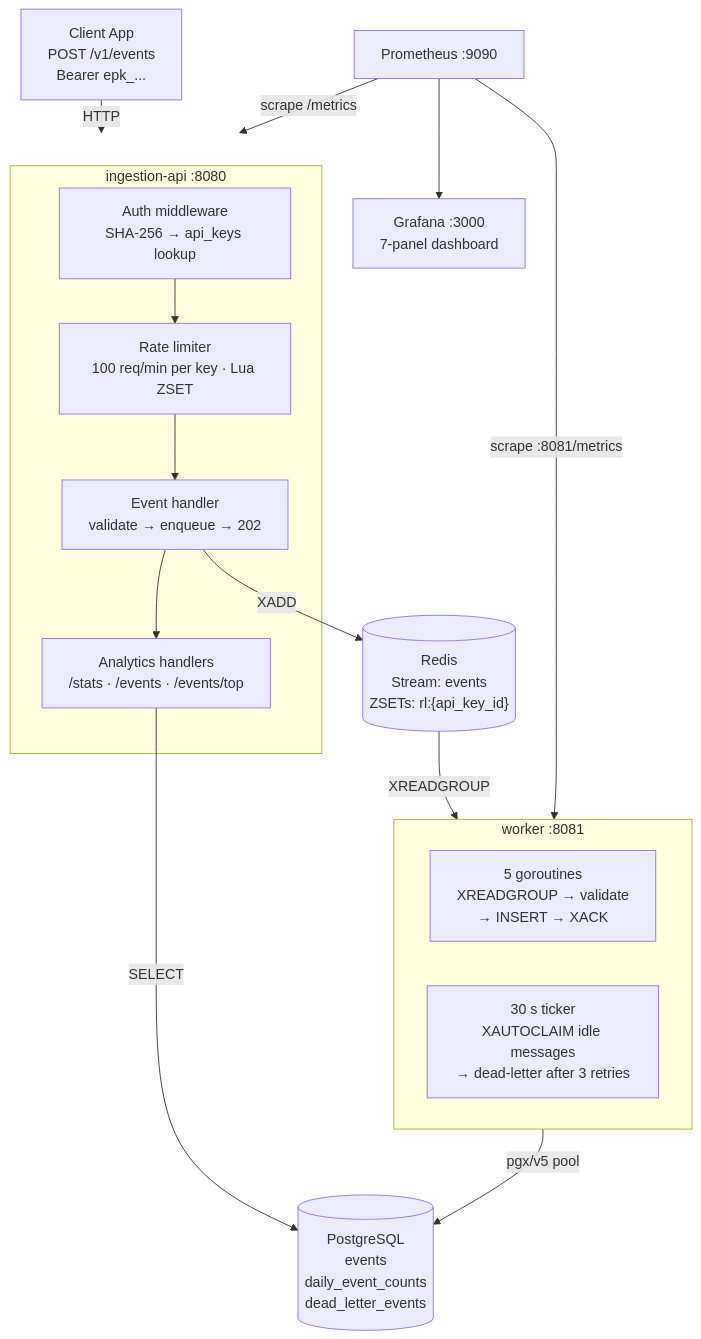
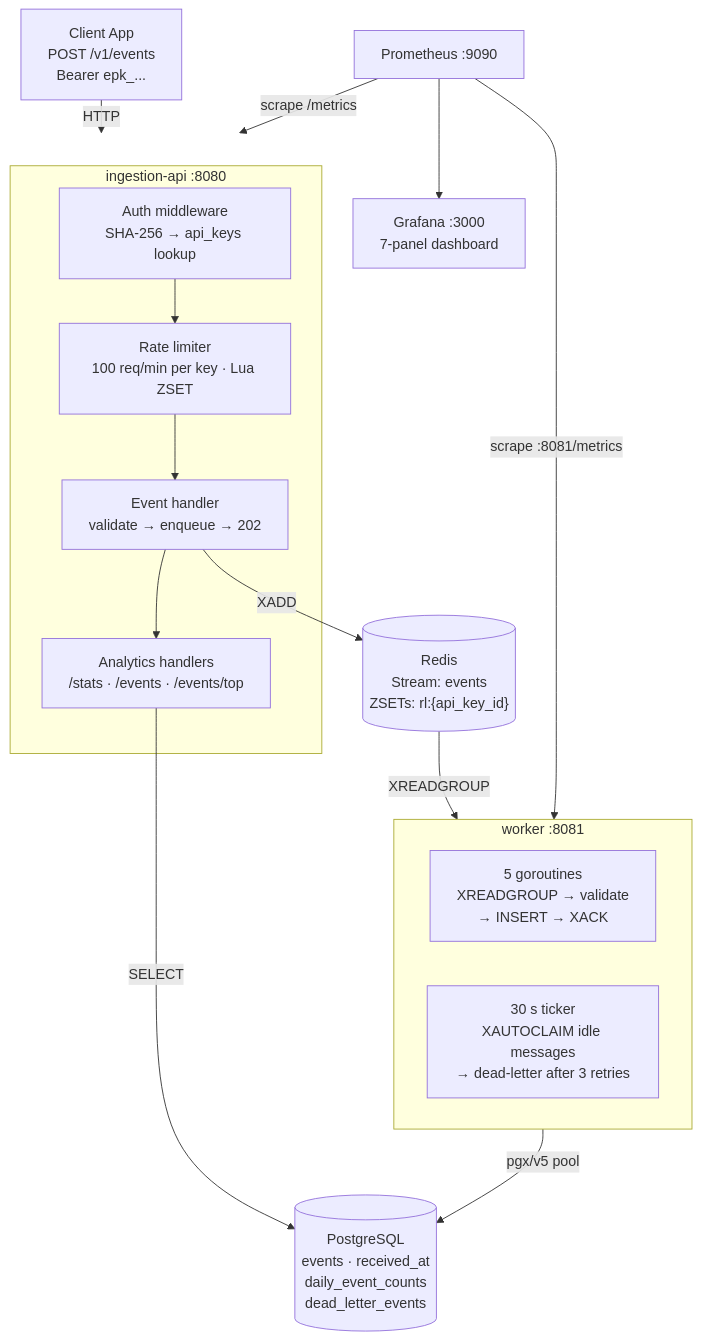
The diagram in README.md (matanate/eventpulse), drawn with Mermaid before and after one commit. The commit also changed other lines of this file and 1 other file, not shown here.

First line of the commit message:
docs(readme): reframe for hiring managers, add k6 SVG chart and failure modes

````diff
--- a/README.md
+++ b/README.md
@@ -41,25 +72,25 @@
 ```mermaid
 flowchart TD
     Client["Client App\nPOST /v1/events\nBearer epk_..."] -->|HTTP| API
 
     subgraph API["ingestion-api :8080"]
         Auth["Auth middleware\nSHA-256 → api_keys lookup"] --> RL["Rate limiter\n100 req/min per key · Lua ZSET"]
         RL --> EH["Event handler\nvalidate → enqueue → 202"]
         EH --> AH["Analytics handlers\n/stats · /events · /events/top"]
     end
 
     EH -->|XADD| Redis[("Redis\nStream: events\nZSETs: rl:{api_key_id}")]
     Redis -->|XREADGROUP| Worker
 
     subgraph Worker["worker :8081"]
         WLoop["5 goroutines\nXREADGROUP → validate\n→ INSERT → XACK"]
         Reclaim["30 s ticker\nXAUTOCLAIM idle messages\n→ dead-letter after 3 retries"]
     end
 
-    Worker -->|pgx/v5 pool| PG[("PostgreSQL\nevents\ndaily_event_counts\ndead_letter_events")]
+    Worker -->|pgx/v5 pool| PG[("PostgreSQL\nevents · received_at\ndaily_event_counts\ndead_letter_events")]
     AH -->|SELECT| PG
 
     Prom["Prometheus :9090"] -->|scrape /metrics| API
     Prom -->|scrape :8081/metrics| Worker
     Prom --> Grafana["Grafana :3000\n7-panel dashboard"]
 ```
````
